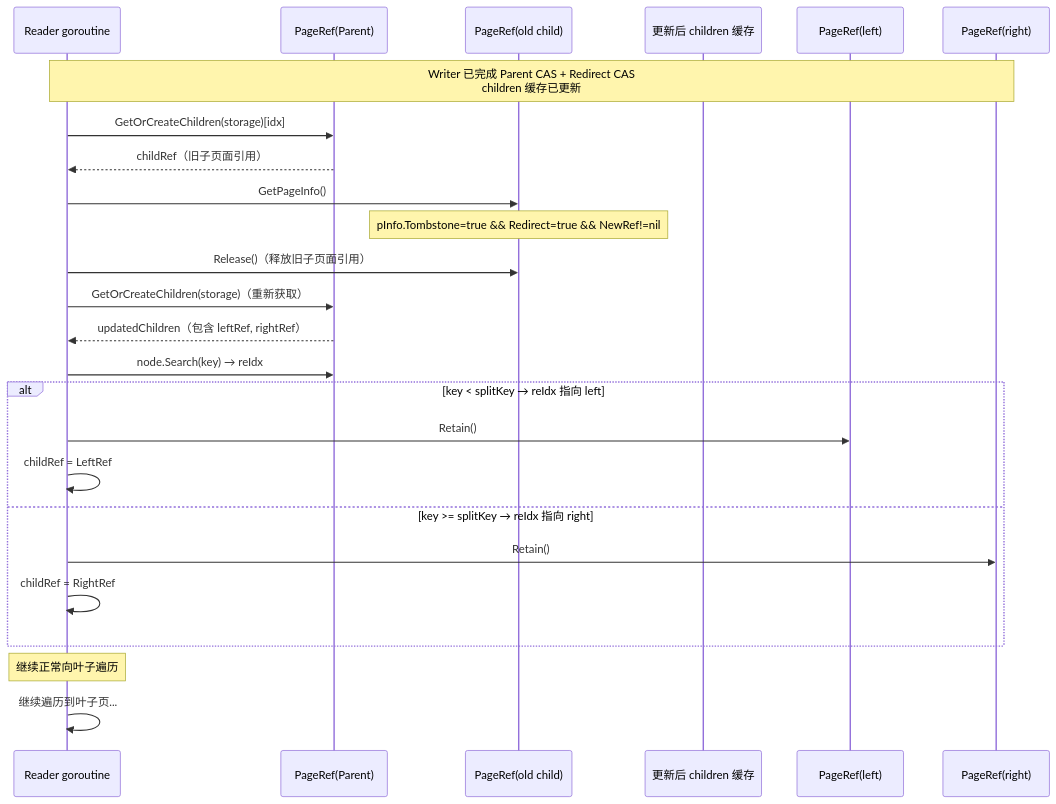
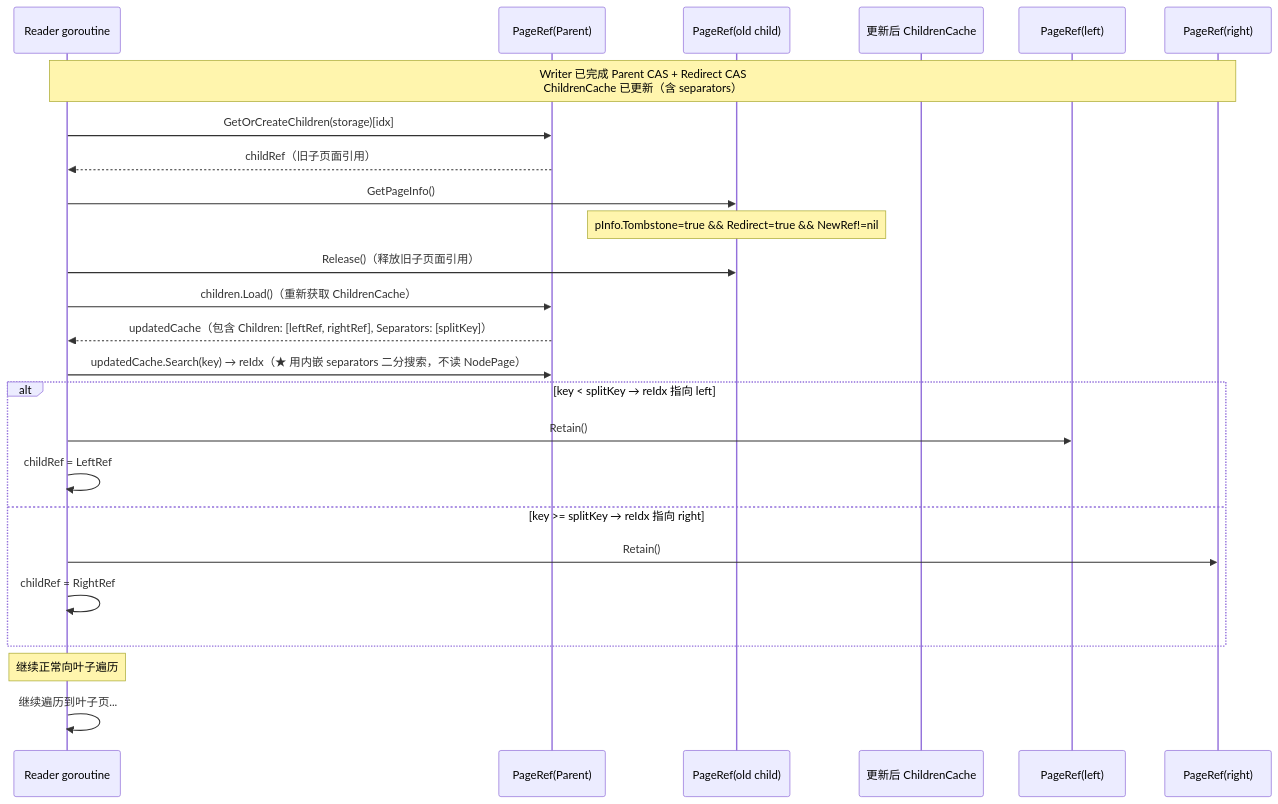
Before and after one commit to jzhang405/NexKV: the fourth of 5 diagrams in docs/07_spike/btree-refactor/2026-04-02-btree-split-implement.md, drawn with Mermaid. The commit also changed other lines of this file and 1 other file, not shown here.

First line of the commit message:
docs(btree): 添加 ChildrenCache 内嵌 separators 方案，更新 split 实现文档

````diff
--- a/docs/07_spike/btree-refactor/2026-04-02-btree-split-implement.md
+++ b/docs/07_spike/btree-refactor/2026-04-02-btree-split-implement.md
@@ -691,35 +711,35 @@
 ```mermaid
 sequenceDiagram
     participant Reader as Reader goroutine
     participant ParentRef as PageRef(Parent)
     participant ChildRef as PageRef(old child)
-    participant UpdatedChildren as 更新后 children 缓存
+    participant UpdatedCache as 更新后 ChildrenCache
     participant LeftRef as PageRef(left)
     participant RightRef as PageRef(right)
 
-    Note over Reader,RightRef: Writer 已完成 Parent CAS + Redirect CAS<br/>children 缓存已更新
+    Note over Reader,RightRef: Writer 已完成 Parent CAS + Redirect CAS<br/>ChildrenCache 已更新（含 separators）
 
     Reader->>ParentRef: GetOrCreateChildren(storage)[idx]
     ParentRef-->>Reader: childRef（旧子页面引用）
 
     Reader->>ChildRef: GetPageInfo()
     Note over ChildRef: pInfo.Tombstone=true && Redirect=true && NewRef!=nil
 
     Reader->>ChildRef: Release()（释放旧子页面引用）
 
-    Reader->>ParentRef: GetOrCreateChildren(storage)（重新获取）
-    ParentRef-->>Reader: updatedChildren（包含 leftRef, rightRef）
+    Reader->>ParentRef: children.Load()（重新获取 ChildrenCache）
+    ParentRef-->>Reader: updatedCache（包含 Children: [leftRef, rightRef], Separators: [splitKey]）
 
-    Reader->>ParentRef: node.Search(key) → reIdx
+    Reader->>ParentRef: updatedCache.Search(key) → reIdx（★ 用内嵌 separators 二分搜索，不读 NodePage）
 
     alt key < splitKey → reIdx 指向 left
         Reader->>LeftRef: Retain()
         Reader->>Reader: childRef = LeftRef
     else key >= splitKey → reIdx 指向 right
         Reader->>RightRef: Retain()
         Reader->>Reader: childRef = RightRef
     end
 
     Note over Reader: 继续正常向叶子遍历
     Reader->>Reader: 继续遍历到叶子页...
 ```
````
